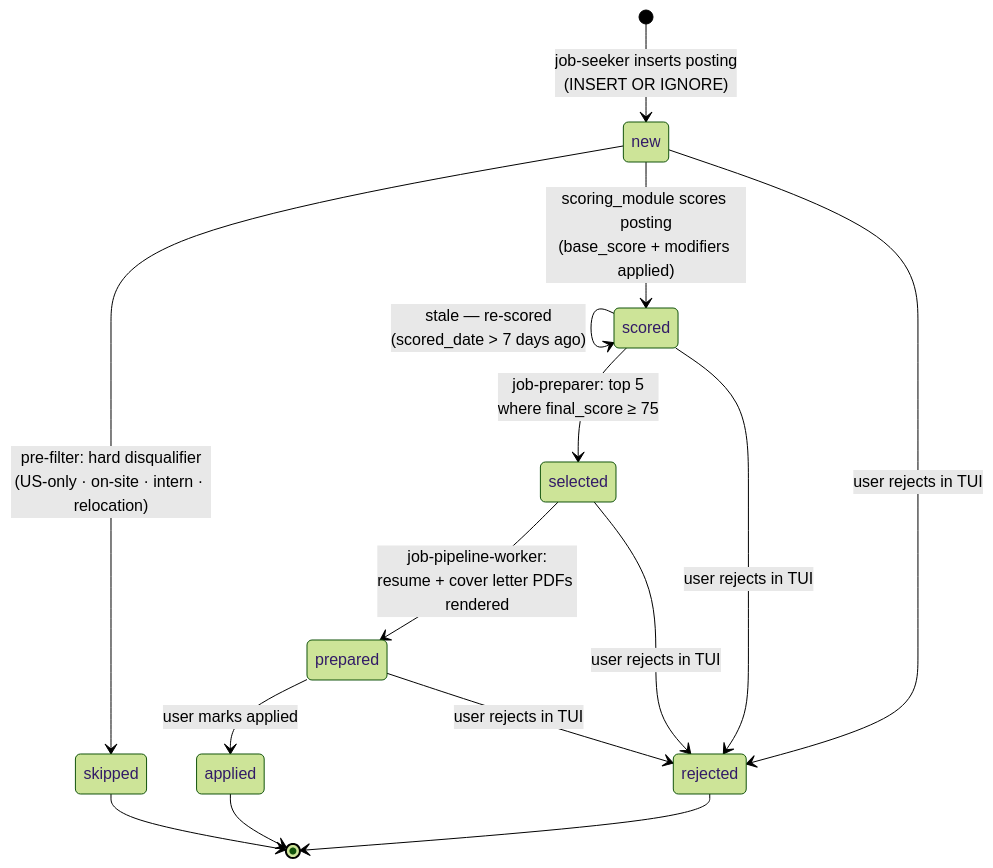
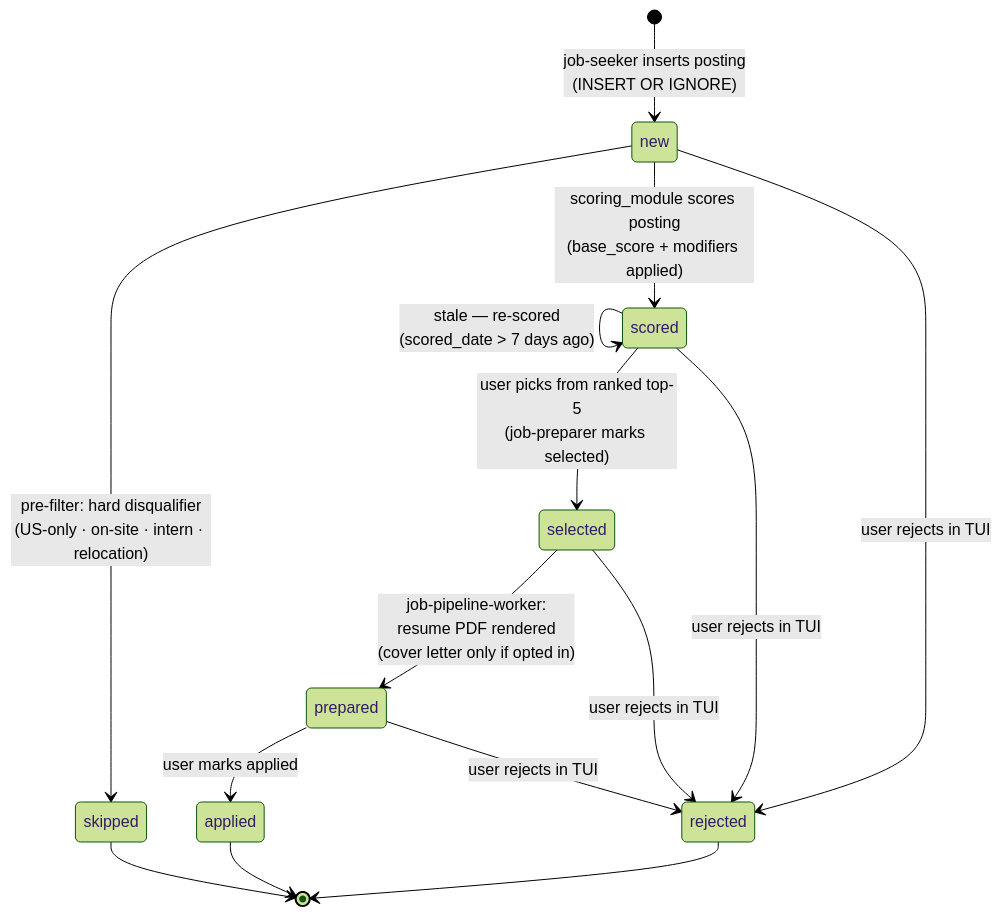
One commit to bildzeitung/job-harness changed the diagram in docs/job-states.md. Above: the diagram before and after it, drawn with Mermaid (forest theme). The commit also changed other lines of this file and 3 other files, not shown here.

````diff
--- a/docs/job-states.md
+++ b/docs/job-states.md
@@ -7,22 +7,22 @@
 ```mermaid
 stateDiagram-v2
     [*] --> new : job-seeker inserts posting<br>(INSERT OR IGNORE)
 
     new --> skipped : pre-filter: hard disqualifier<br>(US-only · on-site · intern · relocation)
     new --> scored : scoring_module scores posting<br>(base_score + modifiers applied)
     new --> rejected : user rejects in TUI
 
     scored --> scored : stale — re-scored<br>(scored_date > 7 days ago)
-    scored --> selected : job-preparer: top 5<br>where final_score ≥ 75
+    scored --> selected : user picks from ranked top-5<br>(job-preparer marks selected)
     scored --> rejected : user rejects in TUI
 
-    selected --> prepared : job-pipeline-worker:<br>resume + cover letter PDFs rendered
+    selected --> prepared : job-pipeline-worker:<br>resume PDF rendered<br>(cover letter only if opted in)
     selected --> rejected : user rejects in TUI
 
     prepared --> applied : user marks applied
     prepared --> rejected : user rejects in TUI
 
     skipped --> [*]
     applied --> [*]
     rejected --> [*]
 ```
````
